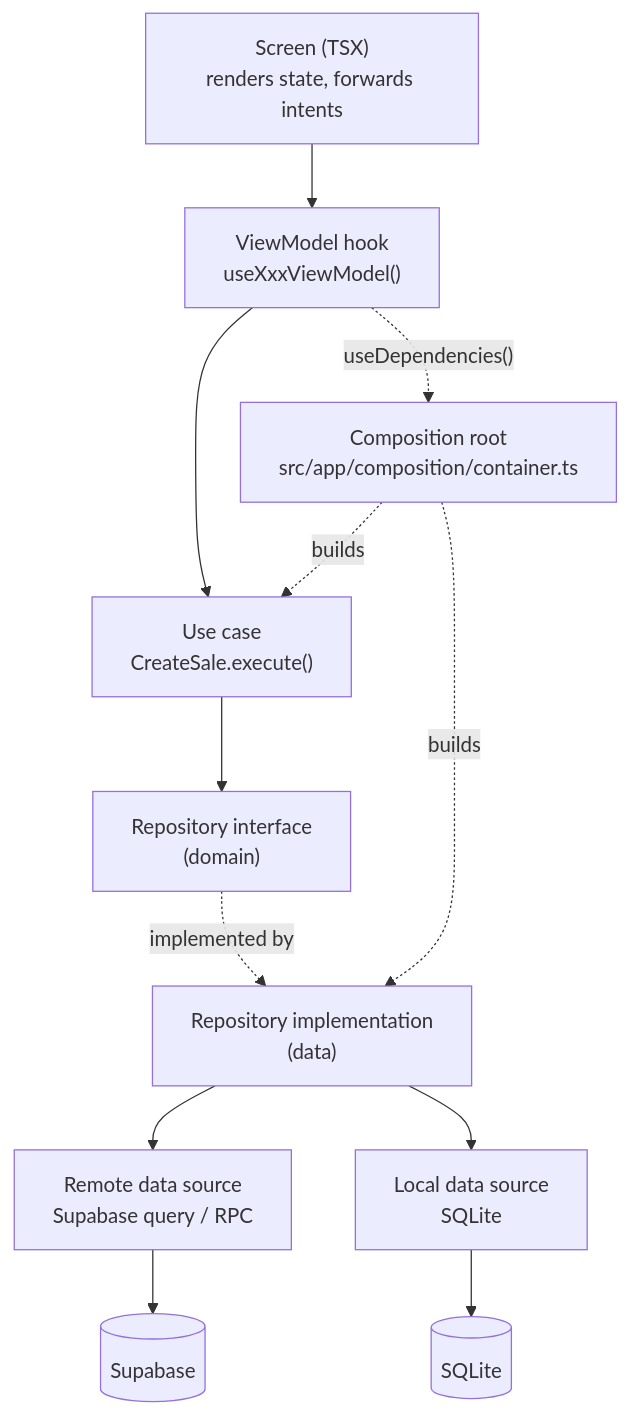
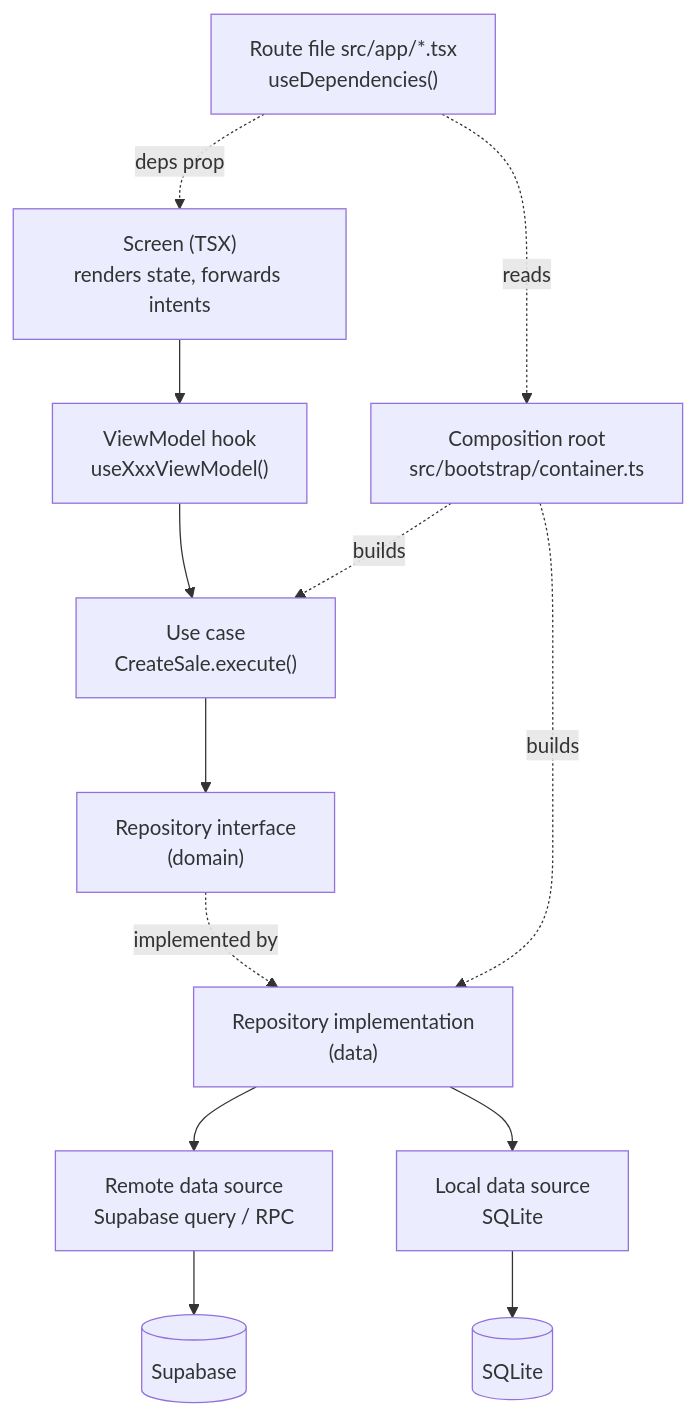
The diagram in docs/MVVM_ARCHITECTURE.md (Solstra-Info-IT-Solutions/Dukaan-Saathi), drawn with Mermaid before and after one commit. The commit also changed other lines of this file and 9 other files, not shown here.

````diff
--- a/docs/MVVM_ARCHITECTURE.md
+++ b/docs/MVVM_ARCHITECTURE.md
@@ -7,14 +7,15 @@
 ```mermaid
 flowchart TD
   S["Screen (TSX)<br/>renders state, forwards intents"] --> VM["ViewModel hook<br/>useXxxViewModel()"]
   VM --> UC["Use case<br/>CreateSale.execute()"]
   UC --> RI["Repository interface<br/>(domain)"]
   RI -.implemented by.-> RIMPL["Repository implementation<br/>(data)"]
   RIMPL --> RDS["Remote data source<br/>Supabase query / RPC"]
   RIMPL --> LDS["Local data source<br/>SQLite"]
   RDS --> SB[("Supabase")]
   LDS --> DB[("SQLite")]
-  C["Composition root<br/>src/app/composition/container.ts"] -. builds .-> RIMPL
+  C["Composition root<br/>src/bootstrap/container.ts"] -. builds .-> RIMPL
   C -. builds .-> UC
-  VM -. "useDependencies()" .-> C
+  RF["Route file src/app/*.tsx<br/>useDependencies()"] -. reads .-> C
+  RF -. "deps prop" .-> S
 ```
````
